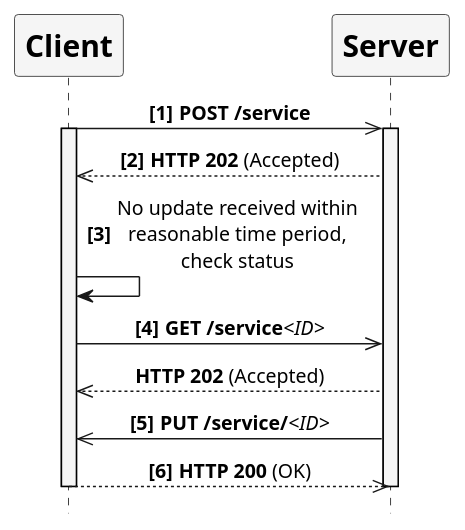
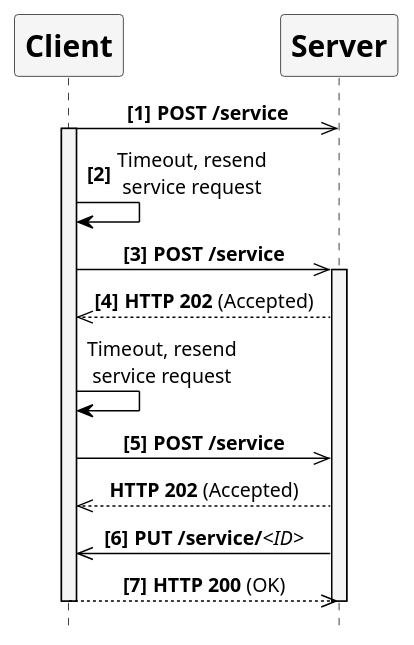
One commit to mojaloop/documentation changed the diagram in docs/api/assets/diagrams/sequence/figure72.plantuml. Above: the diagram before and after it, drawn with PlantUML. The commit also changed 16 other files, not shown here.

Commit message:
New sequence diagrams

```diff
--- a/docs/api/assets/diagrams/sequence/figure72.plantuml
+++ b/docs/api/assets/diagrams/sequence/figure72.plantuml
@@ -24,44 +24,47 @@
 @startuml
 
 ' declaring skinparam
 skinparam sequenceMessageAlign center
 skinparam shadowing false
 skinparam defaultFontName Verdana
 skinparam monochrome true
 skinparam SequenceLifeLineBackgroundColor WhiteSmoke
 skinparam SequenceLifeLineBorderColor Black
 skinparam ParticipantFontStyle Bold
 skinparam ParticipantFontSize 20
 skinparam ParticipantBackgroundColor WhiteSmoke
+skinparam ArrowColor Black
 
 hide footbox
 
 ' declare title
-' title Error handling from client using GET request
+' title Error handling from client using resend of request
 
 ' Actor Keys:
 ' participant - Client and Server
 
 
 ' declare actors
 participant "Client" as client
 participant "Server" as server
 
 ' start flow
 autonumber 1 1 "<b>[0]"
 client ->> server: **POST /service**
 activate client
+client -> client: Timeout, resend\nservice request
+client ->> server: **POST /service**
 activate server
 client <<-- server: **HTTP 202** (Accepted)
-'autonumber stop
-client -> client: No update received within\nreasonable time period,\ncheck status
-'autonumber resume
-client ->> server: **GET /service**<i><ID></i>
+autonumber stop
+client -> client: Timeout, resend\nservice request
+autonumber resume
+client ->> server: **POST /service**
 autonumber stop
 client <<-- server: **HTTP 202** (Accepted)
 autonumber resume
 client <<- server: **PUT /service/**<i><ID></i>
 client -->> server: **HTTP 200** (OK)
 deactivate server
 deactivate client
 @enduml
```
